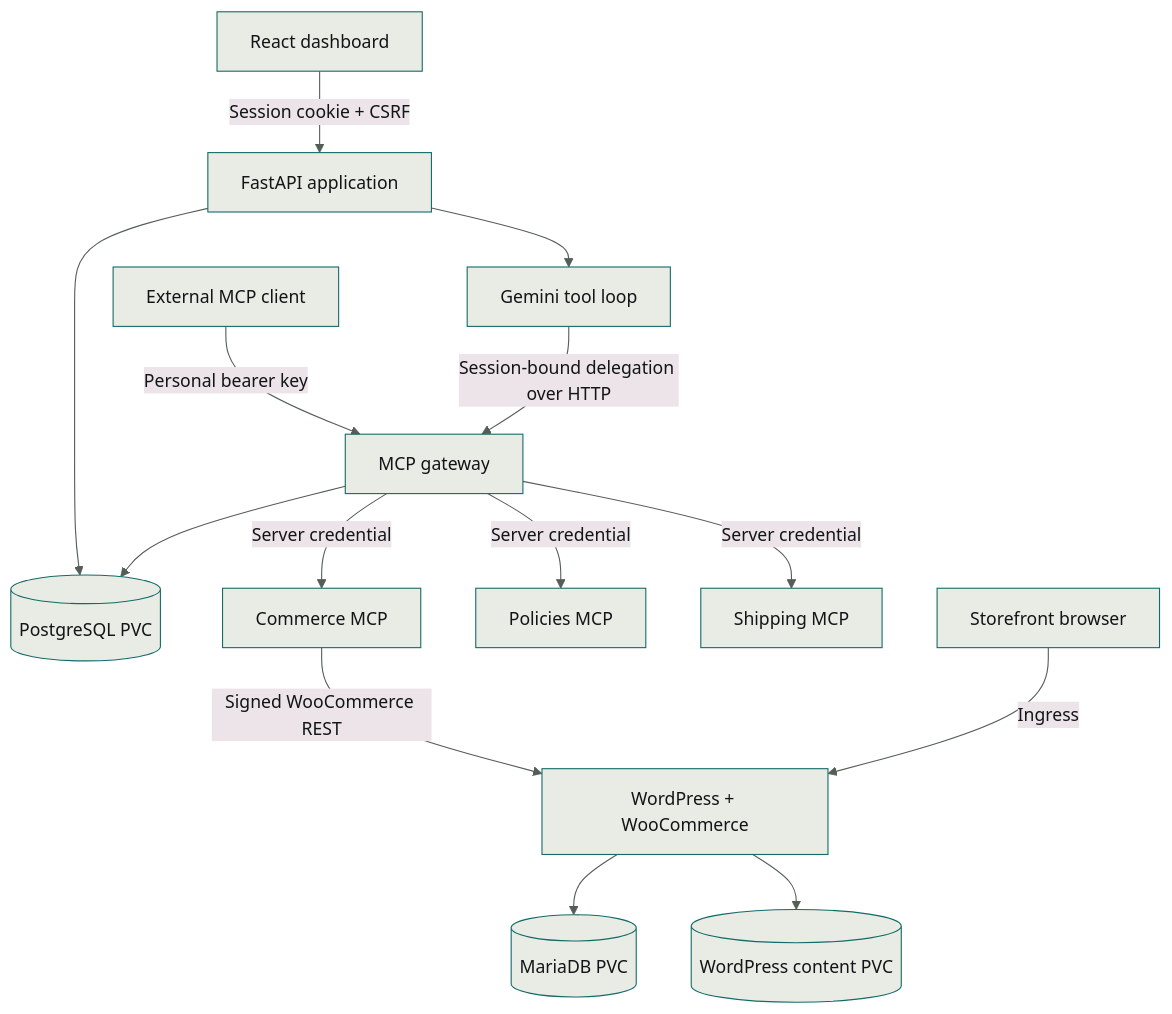
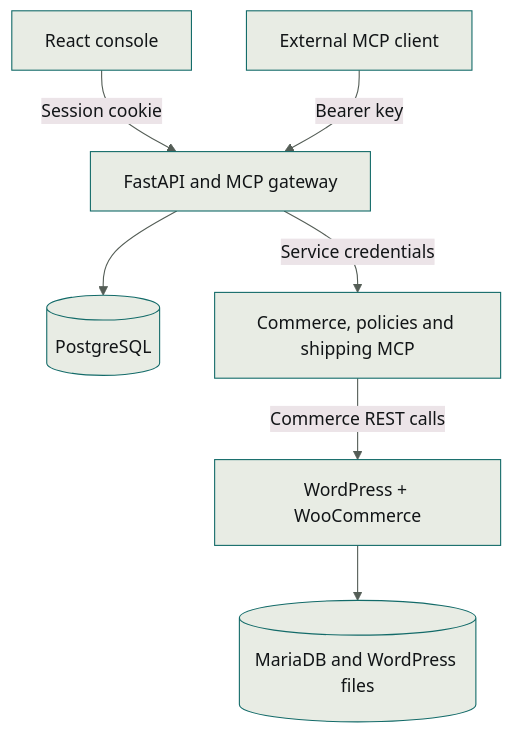
One commit to satwiksps/harbor changed the diagram in docs/system-design.md. Above: the diagram before and after it, drawn with Mermaid. The commit also changed other lines of this file and 22 other files, not shown here.

````diff
--- a/docs/system-design.md
+++ b/docs/system-design.md
@@ -9,29 +24,22 @@
 ```mermaid
 ---
 config:
   flowchart:
     useMaxWidth: false
   theme: base
   themeVariables:
     primaryColor: "#e8ece4"
     primaryBorderColor: "#136b69"
     primaryTextColor: "#121517"
     lineColor: "#545d56"
 ---
 flowchart TB
-    accTitle: Harbor request and storage paths
-    accDescr: Dashboard sessions and external API keys reach the FastAPI application and MCP gateway. Chat executes tools through the same gateway. Three upstreams provide commerce, policies and shipping; commerce calls WooCommerce. PostgreSQL, MariaDB and WordPress content use persistent volumes.
-    UI[React dashboard] -->|Session cookie + CSRF| API[FastAPI application]
-    CLI[External MCP client] -->|Personal bearer key| GW[MCP gateway]
-    API --> CHAT[Gemini tool loop]
-    CHAT -->|Session-bound delegation over HTTP| GW
-    API --> PG[(PostgreSQL PVC)]
-    GW --> PG
-    GW -->|Server credential| WOO[Commerce MCP]
-    GW -->|Server credential| POLICY[Policies MCP]
-    GW -->|Server credential| SHIP[Shipping MCP]
-    WOO -->|Signed WooCommerce REST| WP[WordPress + WooCommerce]
-    SHOP[Storefront browser] -->|Ingress| WP
-    WP --> DB[(MariaDB PVC)]
-    WP --> FILES[(WordPress content PVC)]
+    accTitle: Harbor service architecture
+    accDescr: The console and external clients reach the FastAPI application and MCP gateway. The gateway stores identity and activity in PostgreSQL and routes tools to three upstream MCP services. The commerce service calls WooCommerce, which stores its data in MariaDB and persistent WordPress files.
+    UI[React console] -->|Session cookie| API[FastAPI and MCP gateway]
+    CLI[External MCP client] -->|Bearer key| API
+    API --> PG[(PostgreSQL)]
+    API -->|Service credentials| MCP[Commerce, policies and shipping MCP]
+    MCP -->|Commerce REST calls| WP[WordPress + WooCommerce]
+    WP --> DATA[(MariaDB and WordPress files)]
 ```
````
